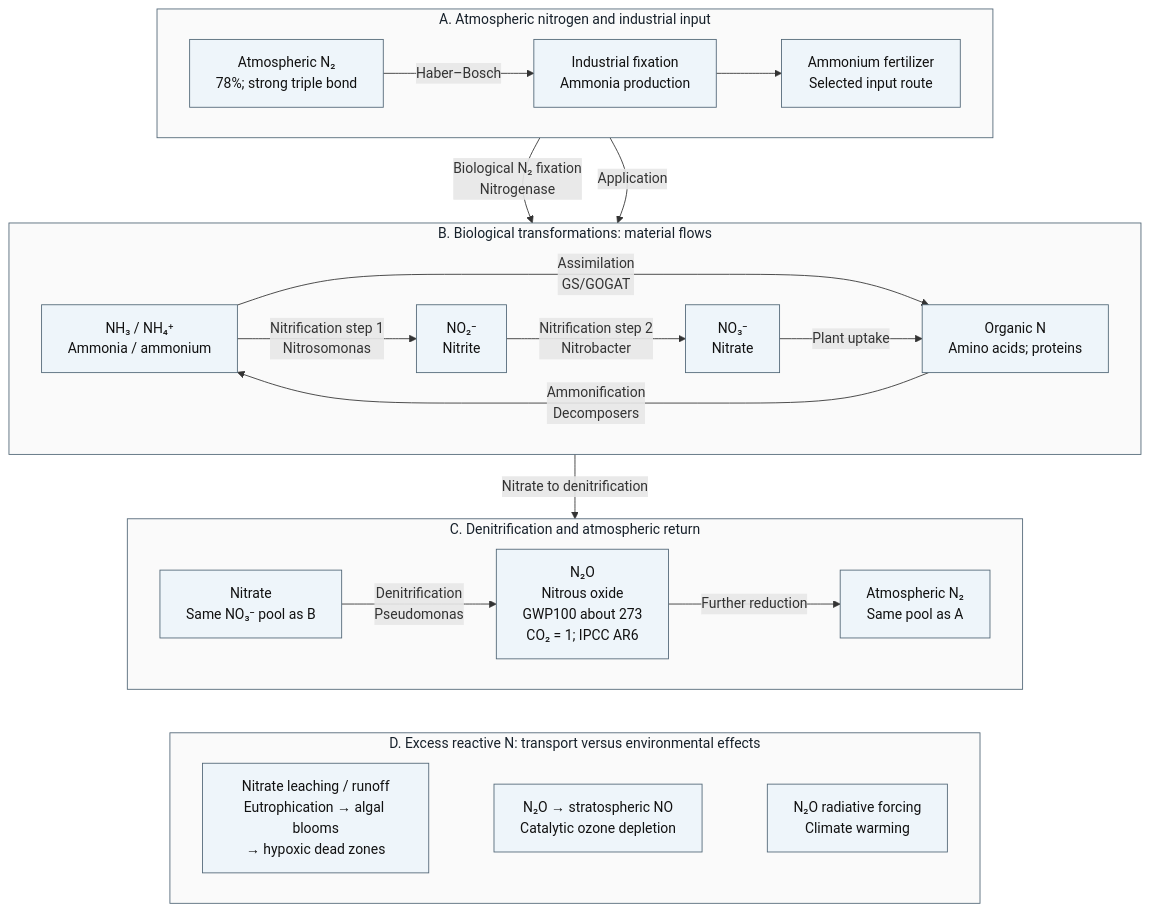
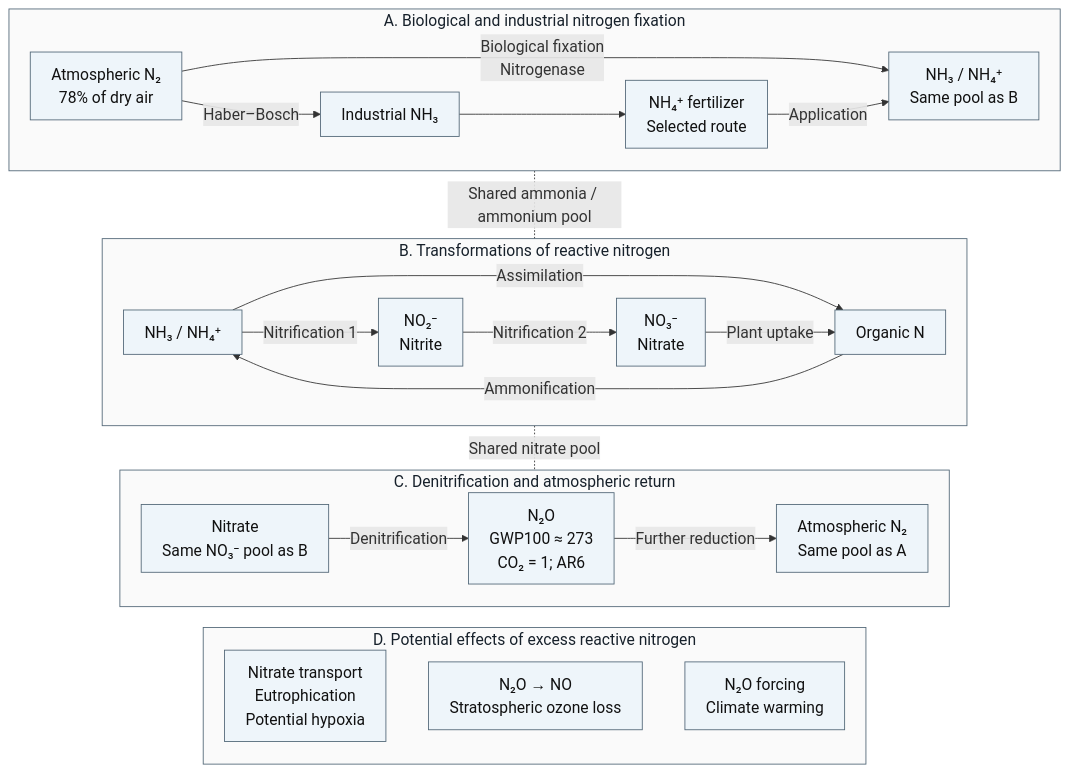
Before and after one commit to docxology/biology_textbook: the third of 4 diagrams in docs/manuscript/unit_X/ecosystem_ecology.md, drawn with Mermaid. The commit also changed other lines of this file and 7 other files, not shown here.

````diff
--- a/docs/manuscript/unit_X/ecosystem_ecology.md
+++ b/docs/manuscript/unit_X/ecosystem_ecology.md
@@ -431,42 +431,50 @@
 ```mermaid
 ---
 config:
   layout: dagre
+  themeVariables:
+    fontSize: 18px
+  flowchart:
+    padding: 12
+    nodeSpacing: 32
+    rankSpacing: 24
 ---
 flowchart TD
-    subgraph Inputs["A. Atmospheric nitrogen and industrial input"]
+    subgraph Inputs["A. Biological and industrial nitrogen fixation"]
         direction LR
-        N2["Atmospheric N₂<br/>78%; strong triple bond"] -->|"Haber–Bosch"| HB["Industrial fixation<br/>Ammonia production"]
-        HB --> FERT["Ammonium fertilizer<br/>Selected input route"]
+        N2["Atmospheric N₂<br/>78% of dry air"]
+        N2 -->|"Biological fixation<br/>Nitrogenase"| NINPUT["NH₃ / NH₄⁺<br/>Same pool as B"]
+        N2 -->|"Haber–Bosch"| HB["Industrial NH₃"]
+        HB --> FERT["NH₄⁺ fertilizer<br/>Selected route"]
+        FERT -->|"Application"| NINPUT
     end
-    subgraph Biological["B. Biological transformations: material flows"]
+    subgraph Biological["B. Transformations of reactive nitrogen"]
         direction LR
-        NH3["NH₃ / NH₄⁺<br/>Ammonia / ammonium"] -->|"Nitrification step 1<br/>Nitrosomonas"| NO2["NO₂⁻<br/>Nitrite"]
-        NO2 -->|"Nitrification step 2<br/>Nitrobacter"| NO3["NO₃⁻<br/>Nitrate"]
-        NH3 -->|"Assimilation<br/>GS/GOGAT"| ORG["Organic N<br/>Amino acids; proteins"]
-        ORG -->|"Ammonification<br/>Decomposers"| NH3
+        NH3["NH₃ / NH₄⁺"] -->|"Nitrification 1"| NO2["NO₂⁻<br/>Nitrite"]
+        NO2 -->|"Nitrification 2"| NO3["NO₃⁻<br/>Nitrate"]
+        NH3 -->|"Assimilation"| ORG["Organic N"]
+        ORG -->|"Ammonification"| NH3
         NO3 -->|"Plant uptake"| ORG
     end
     subgraph Returns["C. Denitrification and atmospheric return"]
         direction LR
-        NR["Nitrate<br/>Same NO₃⁻ pool as B"] -->|"Denitrification<br/>Pseudomonas"| N2O["N₂O<br/>Nitrous oxide<br/>GWP100 about 273<br/>CO₂ = 1; IPCC AR6"]
+        NR["Nitrate<br/>Same NO₃⁻ pool as B"] -->|"Denitrification"| N2O["N₂O<br/>GWP100 ≈ 273<br/>CO₂ = 1; AR6"]
         N2O -->|"Further reduction"| N2R["Atmospheric N₂<br/>Same pool as A"]
     end
-    subgraph Effects["D. Excess reactive N: transport versus environmental effects"]
+    subgraph Effects["D. Potential effects of excess reactive nitrogen"]
         direction LR
-        EUTR["Nitrate leaching / runoff<br/>Eutrophication → algal blooms<br/>→ hypoxic dead zones"]
-        OZONE["N₂O → stratospheric NO<br/>Catalytic ozone depletion"]
-        WARM["N₂O radiative forcing<br/>Climate warming"]
+        EUTR["Nitrate transport<br/>Eutrophication<br/>Potential hypoxia"]
+        OZONE["N₂O → NO<br/>Stratospheric ozone loss"]
+        WARM["N₂O forcing<br/>Climate warming"]
         EUTR ~~~ OZONE ~~~ WARM
     end
-    N2 -->|"Biological N₂ fixation<br/>Nitrogenase"| NH3
-    FERT -->|"Application"| NH3
-    Biological -->|"Nitrate to denitrification"| Returns
+    Inputs -.-|"Shared ammonia / ammonium pool"| Biological
+    Biological -.-|"Shared nitrate pool"| Returns
     Returns ~~~ Effects
     classDef readable fill:#eef5fa,stroke:#526777,color:#111111
-    class N2,HB,FERT,NH3,NO2,NO3,ORG,NR,N2O,N2R,EUTR,OZONE,WARM readable
+    class N2,HB,FERT,NINPUT,NH3,NO2,NO3,ORG,NR,N2O,N2R,EUTR,OZONE,WARM readable
     style Inputs fill:#fafafa,stroke:#526777,color:#17212b
     style Biological fill:#fafafa,stroke:#526777,color:#17212b
     style Returns fill:#fafafa,stroke:#526777,color:#17212b
     style Effects fill:#fafafa,stroke:#526777,color:#17212b
 ```
````
